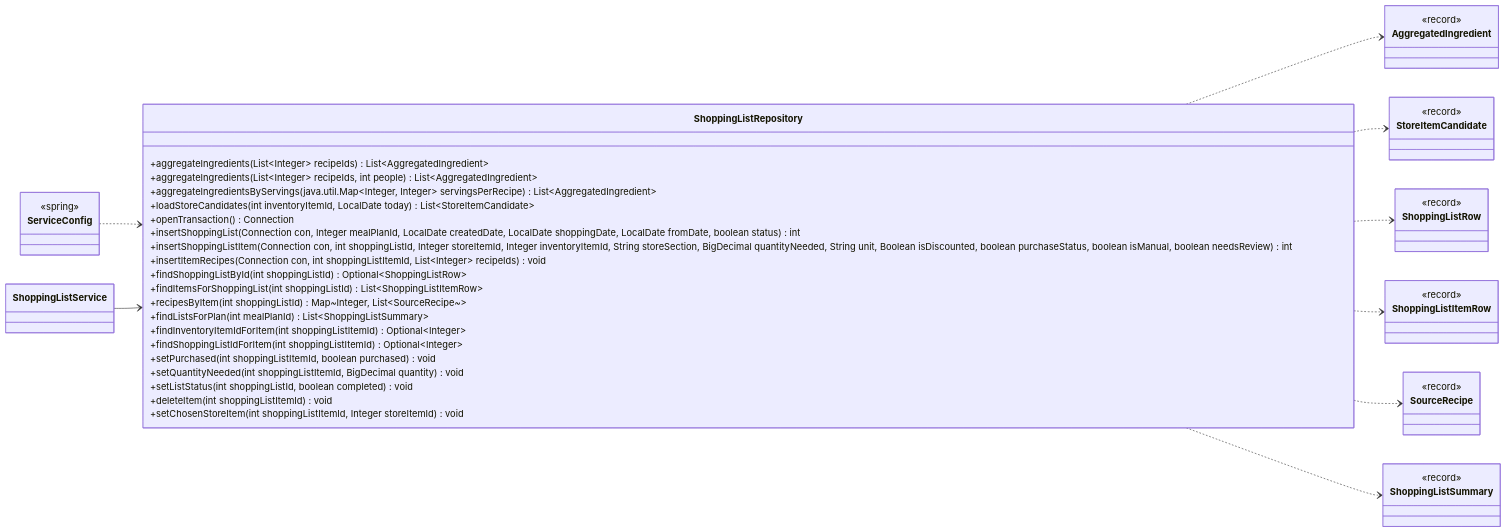
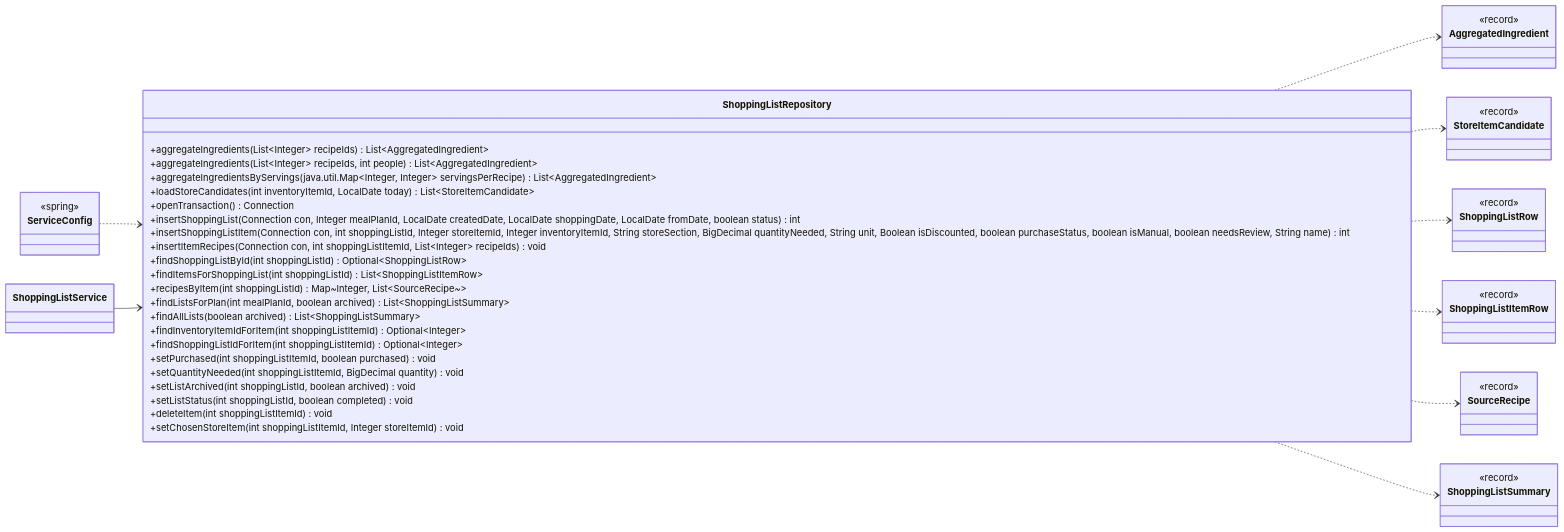
The ninth of 16 diagrams in docs/classes/shopping.md (Nate-ryan-7690/dahaem), drawn with Mermaid before and after one commit. The commit also changed other lines of this file and 6 other files, not shown here.

````diff
--- a/docs/classes/shopping.md
+++ b/docs/classes/shopping.md
@@ -407,55 +409,57 @@
 ```mermaid
 classDiagram
     direction LR
     class shopping_ShoppingListRepository["ShoppingListRepository"] {
         +aggregateIngredients(List~Integer~ recipeIds) List~AggregatedIngredient~
         +aggregateIngredients(List~Integer~ recipeIds, int people) List~AggregatedIngredient~
         +aggregateIngredientsByServings(java.util.Map~Integer, Integer~ servingsPerRecipe) List~AggregatedIngredient~
         +loadStoreCandidates(int inventoryItemId, LocalDate today) List~StoreItemCandidate~
         +openTransaction() Connection
         +insertShoppingList(Connection con, Integer mealPlanId, LocalDate createdDate, LocalDate shoppingDate, LocalDate fromDate, boolean status) int
-        +insertShoppingListItem(Connection con, int shoppingListId, Integer storeItemId, Integer inventoryItemId, String storeSection, BigDecimal quantityNeeded, String unit, Boolean isDiscounted, boolean purchaseStatus, boolean isManual, boolean needsReview) int
+        +insertShoppingListItem(Connection con, int shoppingListId, Integer storeItemId, Integer inventoryItemId, String storeSection, BigDecimal quantityNeeded, String unit, Boolean isDiscounted, boolean purchaseStatus, boolean isManual, boolean needsReview, String name) int
         +insertItemRecipes(Connection con, int shoppingListItemId, List~Integer~ recipeIds) void
         +findShoppingListById(int shoppingListId) Optional~ShoppingListRow~
         +findItemsForShoppingList(int shoppingListId) List~ShoppingListItemRow~
         +recipesByItem(int shoppingListId) Map~Integer, List~SourceRecipe~~
-        +findListsForPlan(int mealPlanId) List~ShoppingListSummary~
+        +findListsForPlan(int mealPlanId, boolean archived) List~ShoppingListSummary~
+        +findAllLists(boolean archived) List~ShoppingListSummary~
         +findInventoryItemIdForItem(int shoppingListItemId) Optional~Integer~
         +findShoppingListIdForItem(int shoppingListItemId) Optional~Integer~
         +setPurchased(int shoppingListItemId, boolean purchased) void
         +setQuantityNeeded(int shoppingListItemId, BigDecimal quantity) void
+        +setListArchived(int shoppingListId, boolean archived) void
         +setListStatus(int shoppingListId, boolean completed) void
         +deleteItem(int shoppingListItemId) void
         +setChosenStoreItem(int shoppingListItemId, Integer storeItemId) void
     }
     class shopping_ShoppingListService["ShoppingListService"]
     class shopping_AggregatedIngredient["AggregatedIngredient"] {
         <<record>>
     }
     class shopping_StoreItemCandidate["StoreItemCandidate"] {
         <<record>>
     }
     class shopping_ShoppingListRow["ShoppingListRow"] {
         <<record>>
     }
     class shopping_ShoppingListItemRow["ShoppingListItemRow"] {
         <<record>>
     }
     class shopping_SourceRecipe["SourceRecipe"] {
         <<record>>
     }
     class shopping_ShoppingListSummary["ShoppingListSummary"] {
         <<record>>
     }
     class api_ServiceConfig["ServiceConfig"] {
         <<spring>>
     }
     shopping_ShoppingListRepository ..> shopping_AggregatedIngredient
     shopping_ShoppingListRepository ..> shopping_StoreItemCandidate
     shopping_ShoppingListRepository ..> shopping_ShoppingListRow
     shopping_ShoppingListRepository ..> shopping_ShoppingListItemRow
     shopping_ShoppingListRepository ..> shopping_SourceRecipe
     shopping_ShoppingListRepository ..> shopping_ShoppingListSummary
     api_ServiceConfig ..> shopping_ShoppingListRepository
     shopping_ShoppingListService --> shopping_ShoppingListRepository
 ```
````
